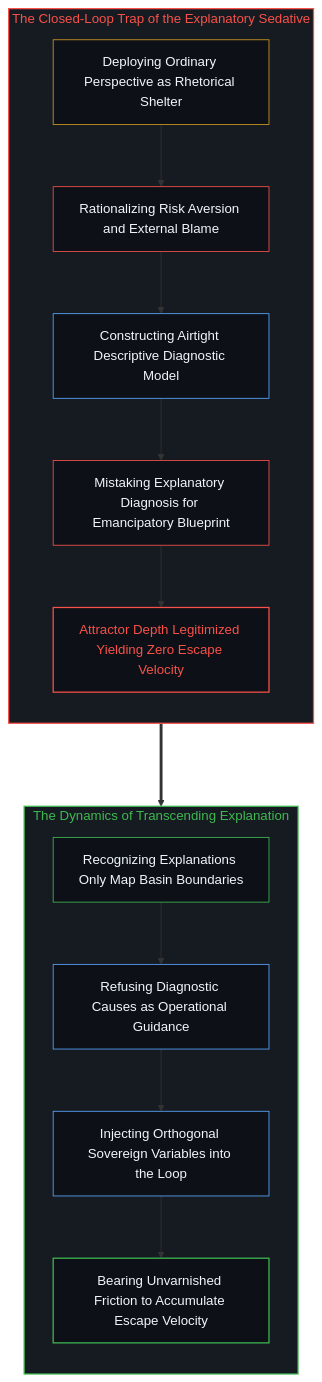
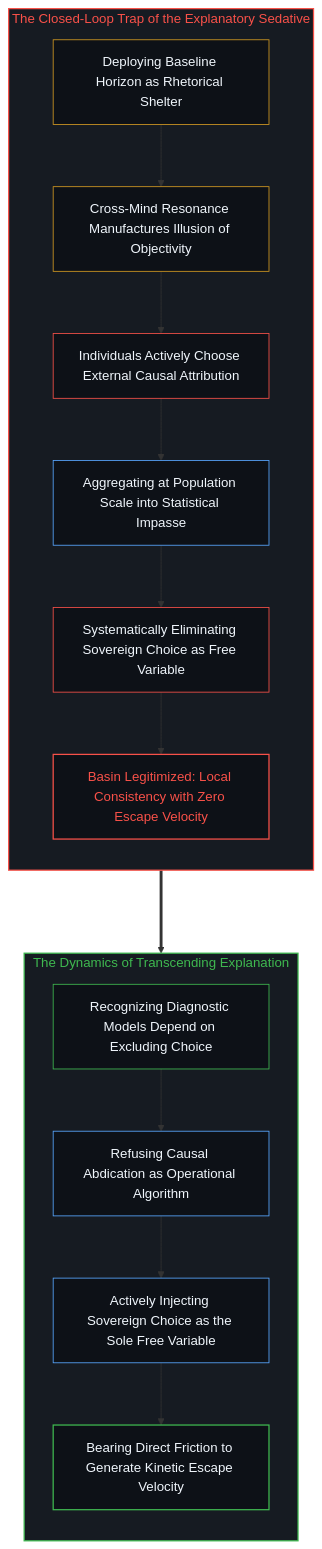
Before and after one commit to powerpig99/not-a-toe: the second of 10 diagrams in content/posts/the-explanatory-trap-of-the-ordinary-perspective.md, drawn with Mermaid. The commit also changed other lines of this file and 3 other files, not shown here.

Commit message:
Deepen Post #336: first-person causal abdication, cross-mind consensus illusion, and the choice of claiming no choice

````diff
--- a/content/posts/the-explanatory-trap-of-the-ordinary-perspective.md
+++ b/content/posts/the-explanatory-trap-of-the-ordinary-perspective.md
@@ -51,31 +53,33 @@
 ```mermaid
 graph TD
     subgraph S_ExplanatorySedative_EN ["The Closed-Loop Trap of the Explanatory Sedative"]
         direction TB
-        EE_Trope["Deploying Ordinary Perspective as Rhetorical Shelter"] --> EE_Justify["Rationalizing Risk Aversion and External Blame"]
-        EE_Justify --> EE_Model["Constructing Airtight Descriptive Diagnostic Model"]
-        EE_Model --> EE_Sedative["Mistaking Explanatory Diagnosis for Emancipatory Blueprint"]
-        EE_Sedative --> EE_Lock["Attractor Depth Legitimized Yielding Zero Escape Velocity"]
+        EE_Trope["Deploying Baseline Horizon as Rhetorical Shelter"] --> EE_Resonance["Cross-Mind Resonance Manufactures Illusion of Objectivity"]
+        EE_Resonance --> EE_Attribution["Individuals Actively Choose External Causal Attribution"]
+        EE_Attribution --> EE_Macro["Aggregating at Population Scale into Statistical Impasse"]
+        EE_Macro --> EE_Filter["Systematically Eliminating Sovereign Choice as Free Variable"]
+        EE_Filter --> EE_Lock["Basin Legitimized: Local Consistency with Zero Escape Velocity"]
     end
 
     subgraph S_EscapeBreakthrough_EN ["The Dynamics of Transcending Explanation"]
         direction TB
-        BE_Recognize["Recognizing Explanations Only Map Basin Boundaries"] --> BE_Refuse["Refusing Diagnostic Causes as Operational Guidance"]
-        BE_Refuse --> BE_Inject["Injecting Orthogonal Sovereign Variables into the Loop"]
-        BE_Inject --> BE_Thrust["Bearing Unvarnished Friction to Accumulate Escape Velocity"]
+        BE_Recognize["Recognizing Diagnostic Models Depend on Excluding Choice"] --> BE_Refuse["Refusing Causal Abdication as Operational Algorithm"]
+        BE_Refuse --> BE_Inject["Actively Injecting Sovereign Choice as the Sole Free Variable"]
+        BE_Inject --> BE_Thrust["Bearing Direct Friction to Generate Kinetic Escape Velocity"]
     end
 
     EE_Lock ===> BE_Recognize
 
     style S_ExplanatorySedative_EN fill:#161b22,stroke:#f85149,stroke-width:1.5px,color:#f85149
     style S_EscapeBreakthrough_EN fill:#161b22,stroke:#3fb950,stroke-width:1.5px,color:#3fb950
     style EE_Trope fill:#0d1117,stroke:#d29922,stroke-width:1px,color:#f0f6fc
-    style EE_Justify fill:#0d1117,stroke:#f85149,stroke-width:1px,color:#f0f6fc
-    style EE_Model fill:#0d1117,stroke:#58a6ff,stroke-width:1px,color:#f0f6fc
-    style EE_Sedative fill:#0d1117,stroke:#f85149,stroke-width:1px,color:#f0f6fc
+    style EE_Resonance fill:#0d1117,stroke:#d29922,stroke-width:1px,color:#f0f6fc
+    style EE_Attribution fill:#0d1117,stroke:#f85149,stroke-width:1px,color:#f0f6fc
+    style EE_Macro fill:#0d1117,stroke:#58a6ff,stroke-width:1px,color:#f0f6fc
+    style EE_Filter fill:#0d1117,stroke:#f85149,stroke-width:1px,color:#f0f6fc
     style EE_Lock fill:#0d1117,stroke:#f85149,stroke-width:1.5px,color:#f85149
     style BE_Recognize fill:#0d1117,stroke:#3fb950,stroke-width:1px,color:#f0f6fc
     style BE_Refuse fill:#0d1117,stroke:#58a6ff,stroke-width:1px,color:#f0f6fc
     style BE_Inject fill:#0d1117,stroke:#58a6ff,stroke-width:1px,color:#f0f6fc
     style BE_Thrust fill:#0d1117,stroke:#3fb950,stroke-width:1.5px,color:#f0f6fc
 ```
````
